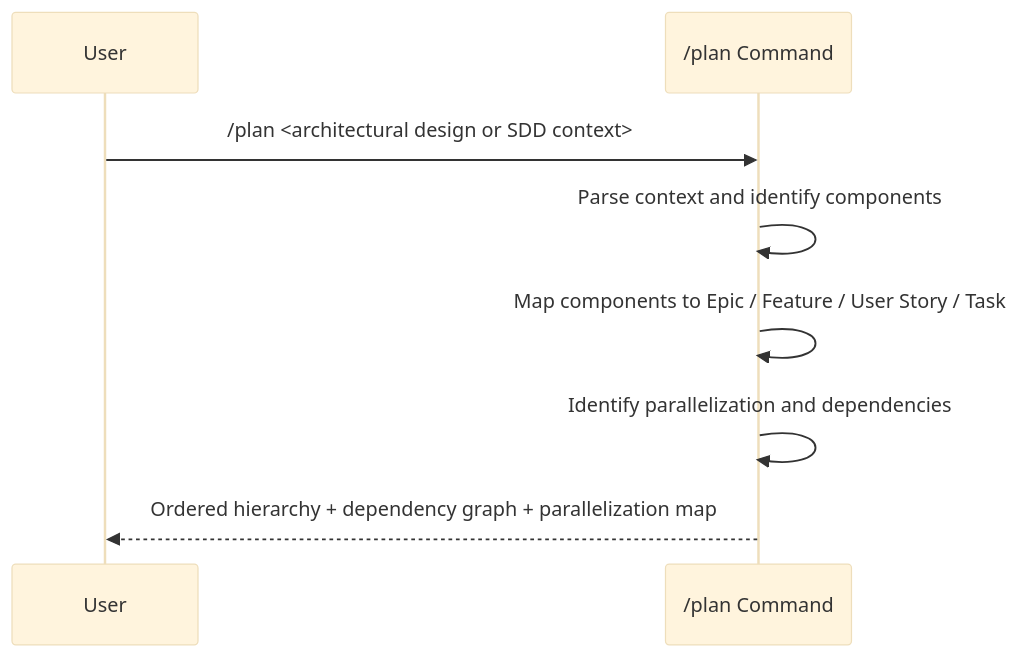
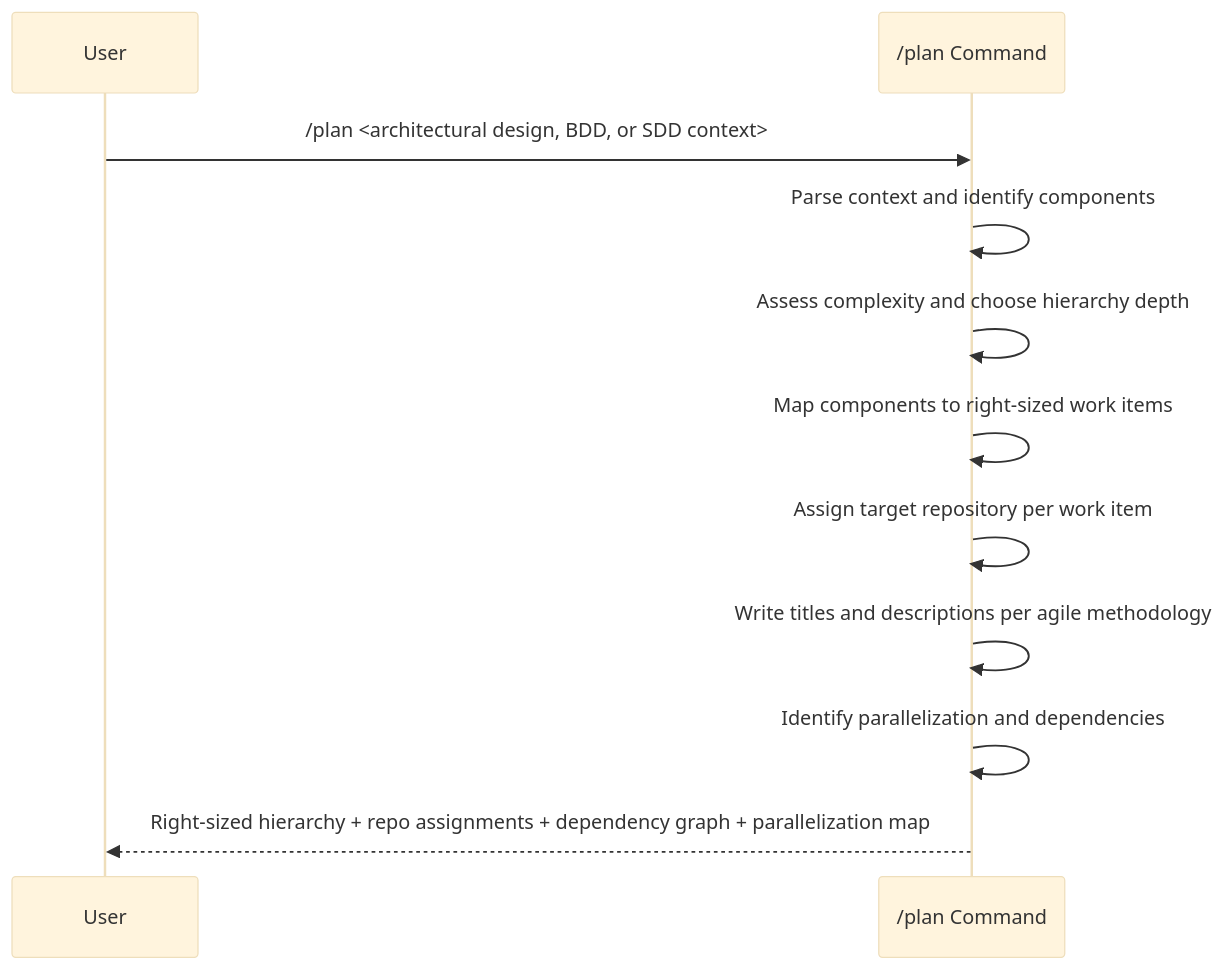
One commit to zzaia/zzaia-agentic-workspace changed the diagram in .claude/commands/behavior/management/plan.md. Above: the diagram before and after it, drawn with Mermaid (base theme). The commit also changed other lines of this file, not shown here.

Commit message:
Improving the plan behavior command;

````diff
--- a/.claude/commands/behavior/management/plan.md
+++ b/.claude/commands/behavior/management/plan.md
@@ -42,11 +60,14 @@
 ```mermaid
 sequenceDiagram
     participant U as User
     participant C as /plan Command
 
-    U->>C: /plan <architectural design or SDD context>
+    U->>C: /plan <architectural design, BDD, or SDD context>
     C->>C: Parse context and identify components
-    C->>C: Map components to Epic / Feature / User Story / Task
+    C->>C: Assess complexity and choose hierarchy depth
+    C->>C: Map components to right-sized work items
+    C->>C: Assign target repository per work item
+    C->>C: Write titles and descriptions per agile methodology
     C->>C: Identify parallelization and dependencies
-    C-->>U: Ordered hierarchy + dependency graph + parallelization map
+    C-->>U: Right-sized hierarchy + repo assignments + dependency graph + parallelization map
 ```
````
